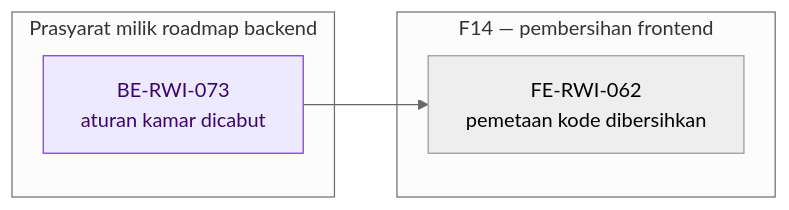
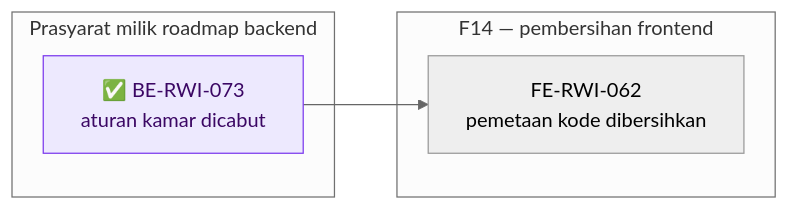
One commit to DevBenari/NewQuilvianSystemBackend changed the third of 3 diagrams in docs/module-blueprints/rawat-inap/episode-rawat-inap/roadmap/frontend-roadmap.md. Above: the diagram before and after it, drawn with Mermaid (neutral theme). The commit also changed 37 other files, not shown here.

````diff
--- a/docs/module-blueprints/rawat-inap/episode-rawat-inap/roadmap/frontend-roadmap.md
+++ b/docs/module-blueprints/rawat-inap/episode-rawat-inap/roadmap/frontend-roadmap.md
@@ -1047,16 +1047,16 @@
 ```mermaid
 flowchart LR
     classDef selesai fill:#DCFCE7,stroke:#16A34A,color:#14532D
     classDef terblokir fill:#FEE2E2,stroke:#DC2626,color:#7F1D1D
     classDef luar fill:#EDE9FE,stroke:#7C3AED,color:#3B0764
 
     subgraph be["Prasyarat milik roadmap backend"]
-        BE073["BE-RWI-073<br/>aturan kamar dicabut"]:::luar
+        BE073["✅ BE-RWI-073<br/>aturan kamar dicabut"]:::luar
     end
 
     subgraph f14["F14 — pembersihan frontend"]
         FE062["FE-RWI-062<br/>pemetaan kode dibersihkan"]:::belum
     end
 
     BE073 --> FE062
 ```
````
